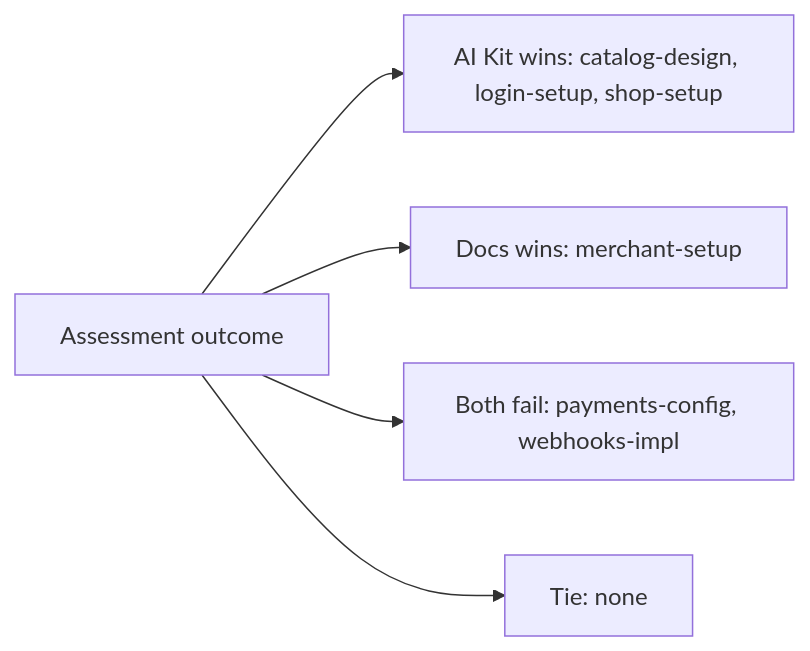
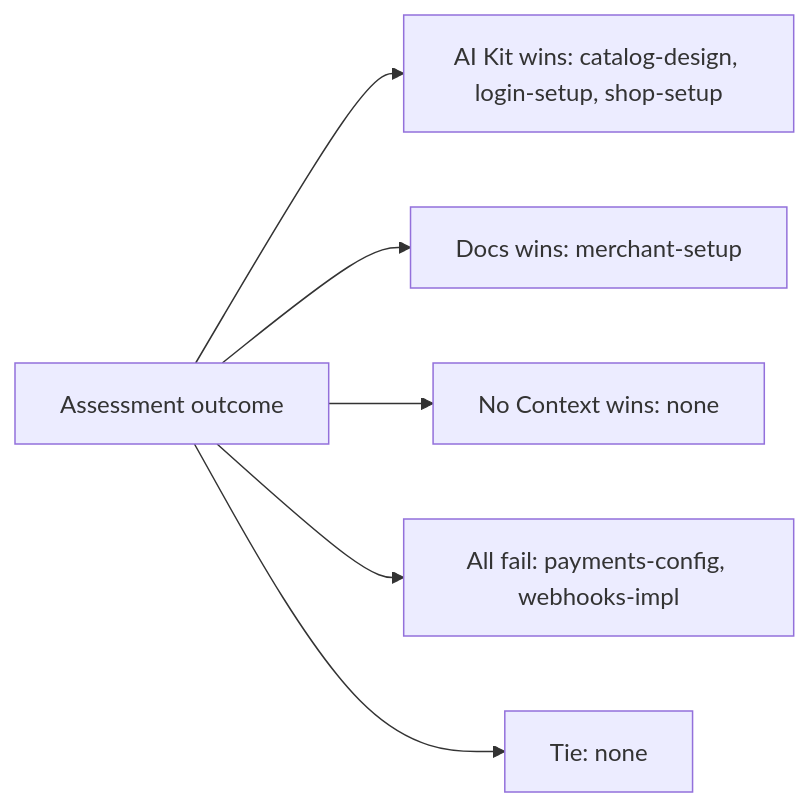
The eighth of 8 diagrams in README.md (apyanzin-xsolla/ai-kit-eval-dashboard), drawn with Mermaid before and after one commit. The commit also changed other lines of this file and 1 other file, not shown here.

Commit message:
docs: include no context in outcome map

````diff
--- a/README.md
+++ b/README.md
@@ -222,8 +222,9 @@
 ```mermaid
 flowchart LR
   A[Assessment outcome]
   A --> N1["AI Kit wins: catalog-design, login-setup, shop-setup"]
   A --> N2["Docs wins: merchant-setup"]
-  A --> N3["Both fail: payments-config, webhooks-impl"]
-  A --> N4["Tie: none"]
+  A --> N3["No Context wins: none"]
+  A --> N4["All fail: payments-config, webhooks-impl"]
+  A --> N5["Tie: none"]
 ```
````
